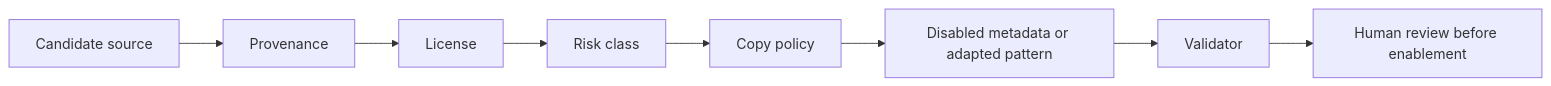
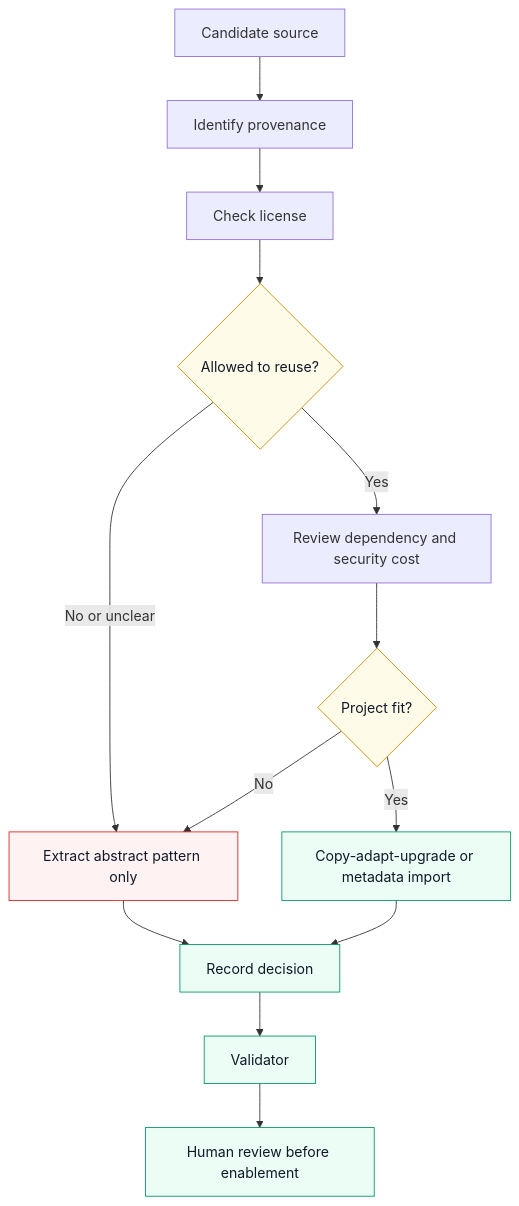
One commit to srednoff888-art/srednoff-os changed the third of 3 diagrams in README.md. Above: the diagram before and after it, drawn with Mermaid. The commit also changed other lines of this file and 1 other file, not shown here.

Commit message:
Improve README diagrams and Russian overview

````diff
--- a/README.md
+++ b/README.md
@@ -202,10 +278,22 @@
 ```mermaid
-flowchart LR
-    A["Candidate source"] --> B["Provenance"]
-    B --> C["License"]
-    C --> D["Risk class"]
-    D --> E["Copy policy"]
-    E --> F["Disabled metadata or adapted pattern"]
-    F --> G["Validator"]
-    G --> H["Human review before enablement"]
+flowchart TB
+    A["Candidate source"] --> B["Identify provenance"]
+    B --> C["Check license"]
+    C --> D{"Allowed to reuse?"}
+    D -- "No or unclear" --> E["Extract abstract pattern only"]
+    D -- "Yes" --> F["Review dependency and security cost"]
+    F --> G{"Project fit?"}
+    G -- "No" --> E
+    G -- "Yes" --> H["Copy-adapt-upgrade or metadata import"]
+    E --> I["Record decision"]
+    H --> I
+    I --> J["Validator"]
+    J --> K["Human review before enablement"]
+
+    classDef risk fill:#fef2f2,stroke:#dc2626,color:#111827;
+    classDef review fill:#fefce8,stroke:#ca8a04,color:#111827;
+    classDef safe fill:#ecfdf5,stroke:#059669,color:#111827;
+    class D,G review;
+    class E risk;
+    class H,I,J,K safe;
 ```
````
